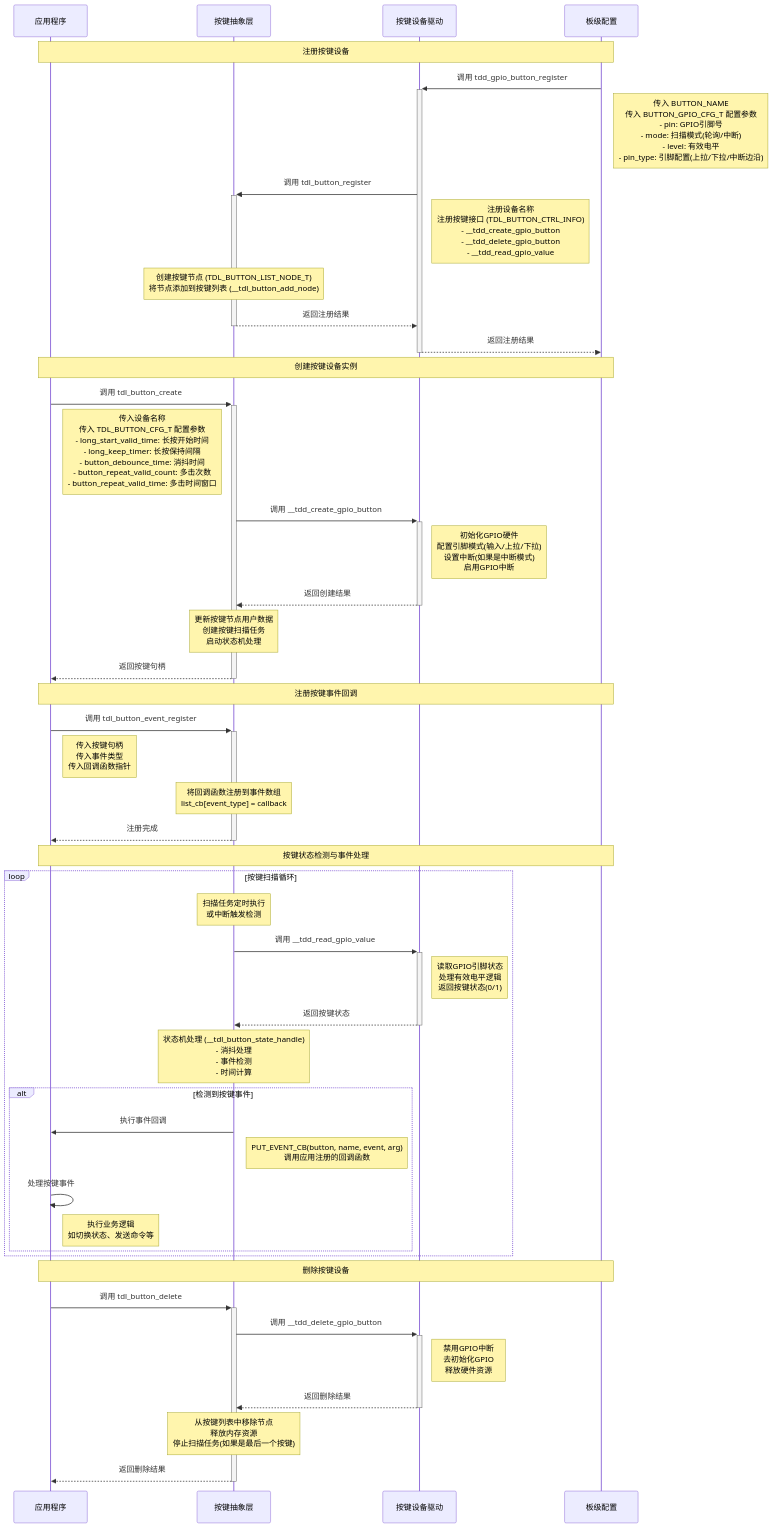
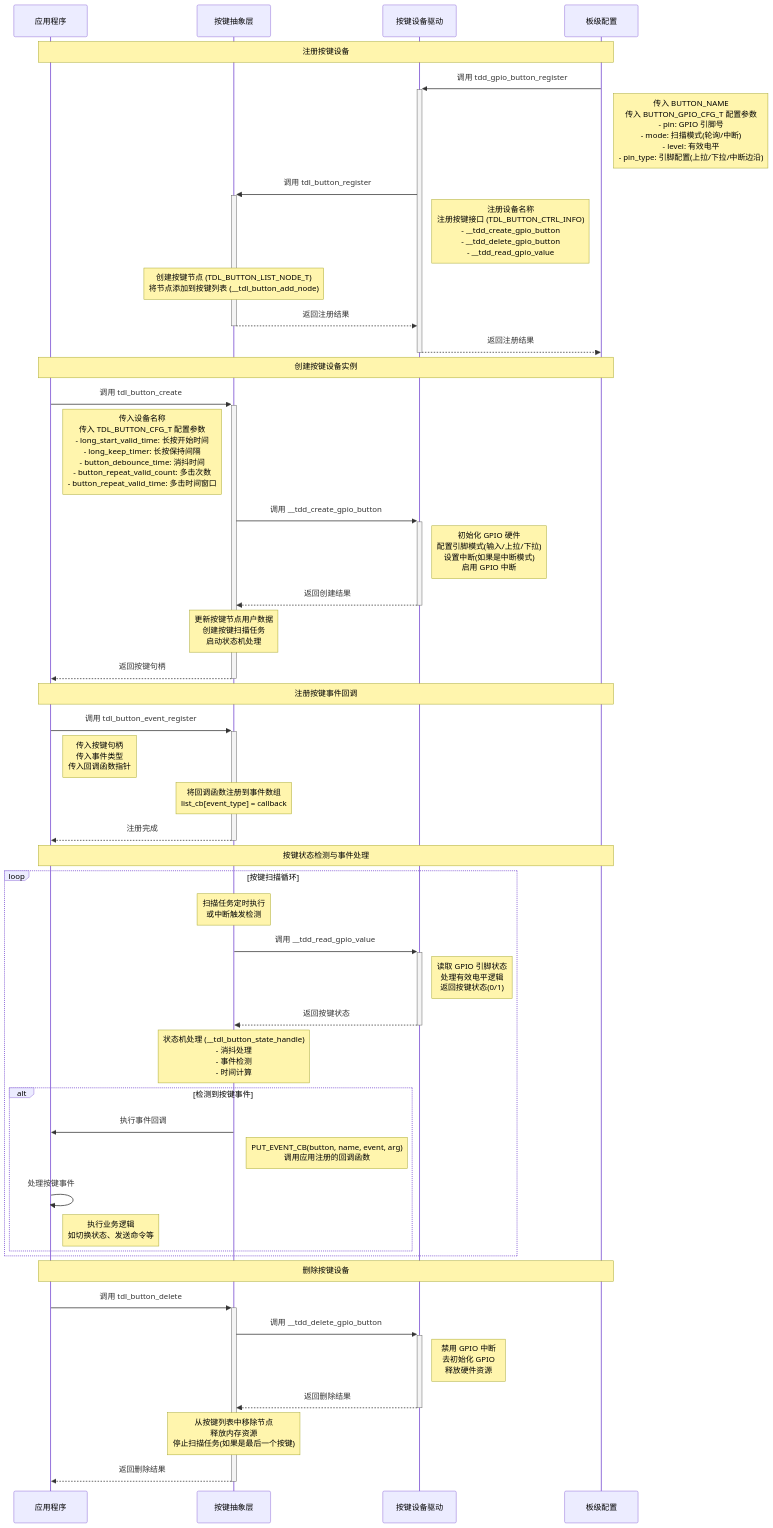
Before and after one commit to Tuya-Community/TuyaOpen.io: the first of 2 diagrams in i18n/zh/docusaurus-plugin-content-docs/current/peripheral/button.md, drawn with Mermaid. The commit also changed other lines of this file, not shown here.

First line of the commit message:
Update button.md (#120)

````diff
--- a/i18n/zh/docusaurus-plugin-content-docs/current/peripheral/button.md
+++ b/i18n/zh/docusaurus-plugin-content-docs/current/peripheral/button.md
@@ -96,74 +97,74 @@
 ```mermaid
 sequenceDiagram
     participant App as 应用程序
     participant TDL as 按键抽象层
     participant TDD as 按键设备驱动
     participant Bd as 板级配置
 
     Note over App, Bd: 注册按键设备
     
     Bd->>+TDD: 调用 tdd_gpio_button_register
-    Note right of Bd: 传入 BUTTON_NAME<br/>传入 BUTTON_GPIO_CFG_T 配置参数<br/>- pin: GPIO引脚号<br/>- mode: 扫描模式(轮询/中断)<br/>- level: 有效电平<br/>- pin_type: 引脚配置(上拉/下拉/中断边沿)
+    Note right of Bd: 传入 BUTTON_NAME<br/>传入 BUTTON_GPIO_CFG_T 配置参数<br/>- pin: GPIO 引脚号<br/>- mode: 扫描模式(轮询/中断)<br/>- level: 有效电平<br/>- pin_type: 引脚配置(上拉/下拉/中断边沿)
     
     TDD->>+TDL: 调用 tdl_button_register
     Note right of TDD: 注册设备名称<br/>注册按键接口 (TDL_BUTTON_CTRL_INFO)<br/>- __tdd_create_gpio_button<br/>- __tdd_delete_gpio_button<br/>- __tdd_read_gpio_value
     
     Note over TDL: 创建按键节点 (TDL_BUTTON_LIST_NODE_T)<br/>将节点添加到按键列表 (__tdl_button_add_node)
     
     TDL-->>-TDD: 返回注册结果
     TDD-->>-Bd: 返回注册结果
 
     Note over App, Bd: 创建按键设备实例
     
     App->>+TDL: 调用 tdl_button_create
     Note right of App: 传入设备名称<br/>传入 TDL_BUTTON_CFG_T 配置参数<br/>- long_start_valid_time: 长按开始时间<br/>- long_keep_timer: 长按保持间隔<br/>- button_debounce_time: 消抖时间<br/>- button_repeat_valid_count: 多击次数<br/>- button_repeat_valid_time: 多击时间窗口
     
     TDL->>+TDD: 调用 __tdd_create_gpio_button
-    Note right of TDD: 初始化GPIO硬件<br/>配置引脚模式(输入/上拉/下拉)<br/>设置中断(如果是中断模式)<br/>启用GPIO中断
+    Note right of TDD: 初始化 GPIO 硬件<br/>配置引脚模式(输入/上拉/下拉)<br/>设置中断(如果是中断模式)<br/>启用 GPIO 中断
     TDD-->>-TDL: 返回创建结果
     
     Note over TDL: 更新按键节点用户数据<br/>创建按键扫描任务<br/>启动状态机处理
     
     TDL-->>-App: 返回按键句柄
 
     Note over App, Bd: 注册按键事件回调
     
     App->>+TDL: 调用 tdl_button_event_register
     Note right of App: 传入按键句柄<br/>传入事件类型<br/>传入回调函数指针
     
     Note over TDL: 将回调函数注册到事件数组<br/>list_cb[event_type] = callback
     
     TDL-->>-App: 注册完成
 
     Note over App, Bd: 按键状态检测与事件处理
     
     loop 按键扫描循环
         Note over TDL: 扫描任务定时执行<br/>或中断触发检测
         
         TDL->>+TDD: 调用 __tdd_read_gpio_value
-        Note right of TDD: 读取GPIO引脚状态<br/>处理有效电平逻辑<br/>返回按键状态(0/1)
+        Note right of TDD: 读取 GPIO 引脚状态<br/>处理有效电平逻辑<br/>返回按键状态(0/1)
         TDD-->>-TDL: 返回按键状态
         
         Note over TDL: 状态机处理 (__tdl_button_state_handle)<br/>- 消抖处理<br/>- 事件检测<br/>- 时间计算
         
         alt 检测到按键事件
             TDL->>App: 执行事件回调
             Note right of TDL: PUT_EVENT_CB(button, name, event, arg)<br/>调用应用注册的回调函数
             
             App->>App: 处理按键事件
             Note right of App: 执行业务逻辑<br/>如切换状态、发送命令等
         end
     end
 
     Note over App, Bd: 删除按键设备
     
     App->>+TDL: 调用 tdl_button_delete
     TDL->>+TDD: 调用 __tdd_delete_gpio_button
-    Note right of TDD: 禁用GPIO中断<br/>去初始化GPIO<br/>释放硬件资源
+    Note right of TDD: 禁用 GPIO 中断<br/>去初始化 GPIO<br/>释放硬件资源
     TDD-->>-TDL: 返回删除结果
     
     Note over TDL: 从按键列表中移除节点<br/>释放内存资源<br/>停止扫描任务(如果是最后一个按键)
     
     TDL-->>-App: 返回删除结果
 
 ```
````
